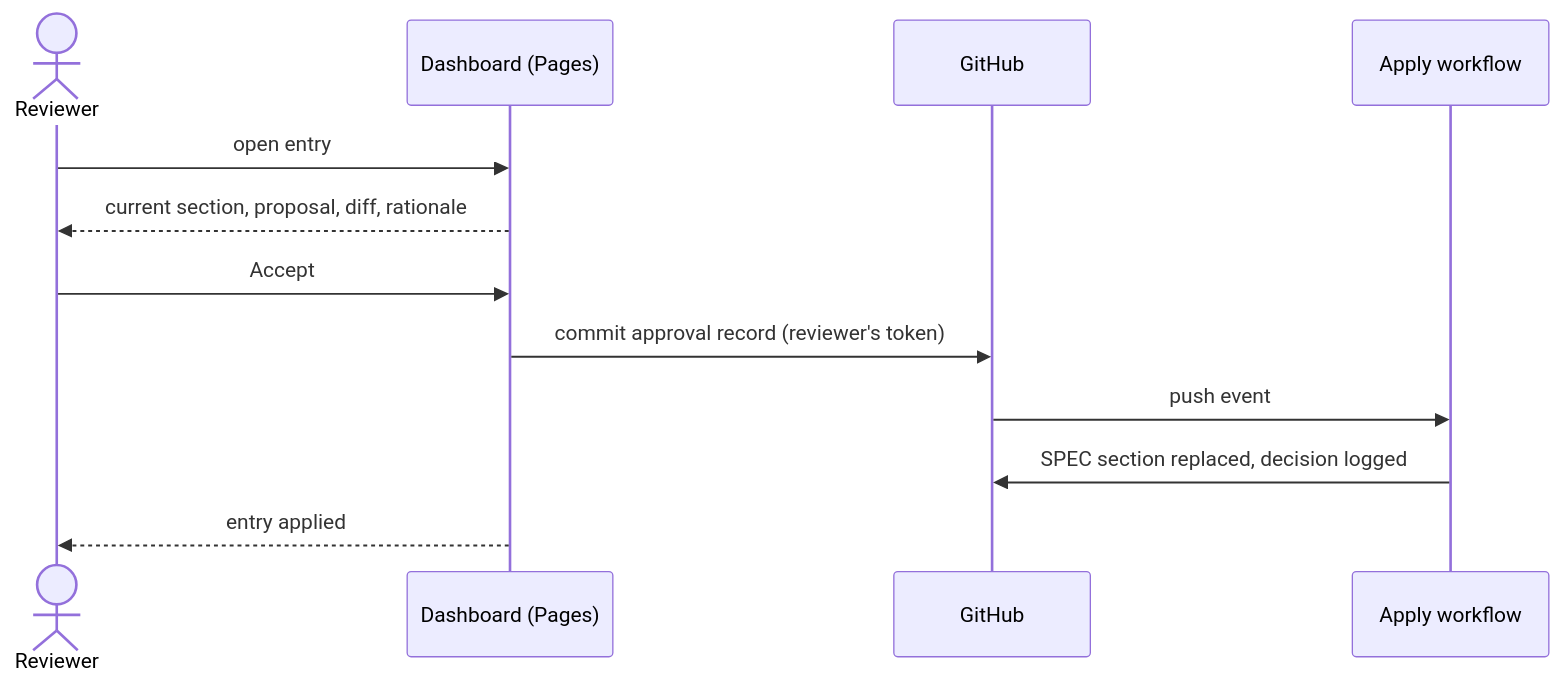
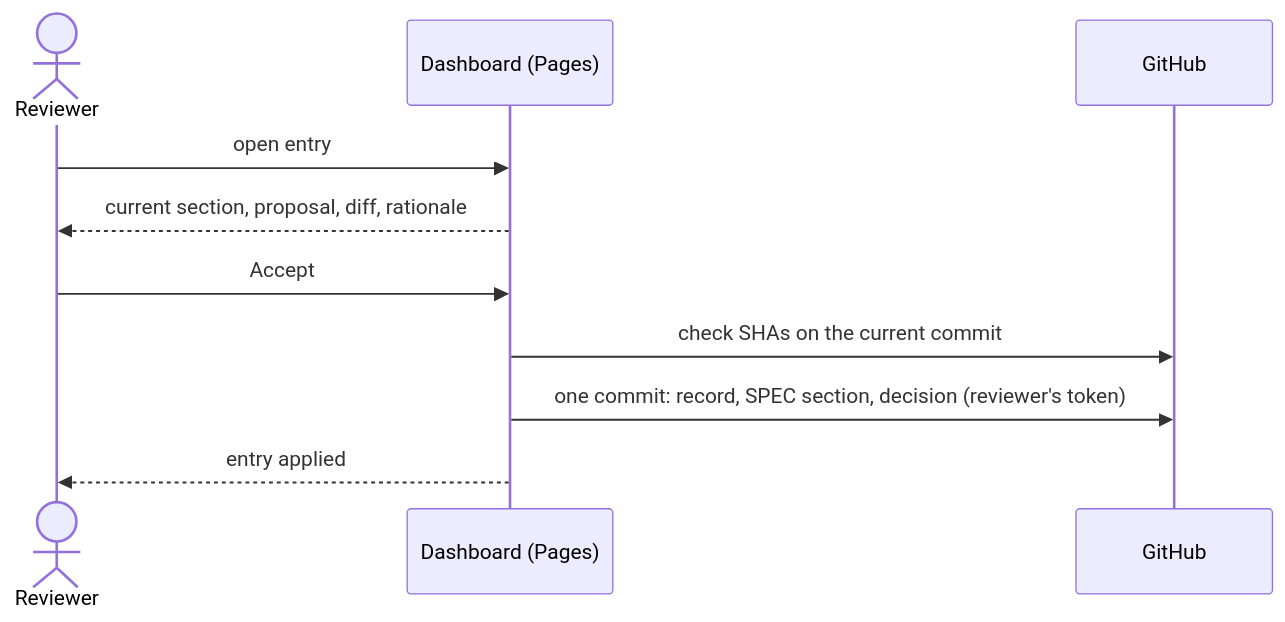
One commit to akmaier/agent-m changed the diagram in docs/use-cases/UC-006-approve-a-specification-change.md. Above: the diagram before and after it, drawn with Mermaid. The commit also changed other lines of this file and 2 other files, not shown here.

First line of the commit message:
docs(use-cases): products by address on GitHub or GitLab; SPEC change written with its approval

````diff
--- a/docs/use-cases/UC-006-approve-a-specification-change.md
+++ b/docs/use-cases/UC-006-approve-a-specification-change.md
@@ -58,14 +60,12 @@
 ```mermaid
 sequenceDiagram
     actor R as Reviewer
     participant D as Dashboard (Pages)
     participant G as GitHub
-    participant W as Apply workflow
     R->>D: open entry
     D-->>R: current section, proposal, diff, rationale
     R->>D: Accept
-    D->>G: commit approval record (reviewer's token)
-    G->>W: push event
-    W->>G: SPEC section replaced, decision logged
+    D->>G: check SHAs on the current commit
+    D->>G: one commit: record, SPEC section, decision (reviewer's token)
     D-->>R: entry applied
 ```
````
